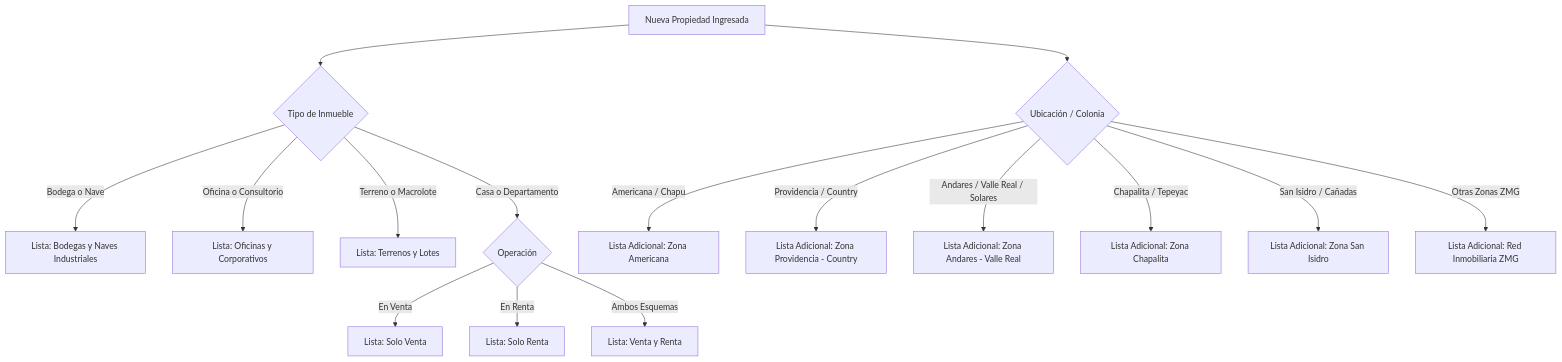
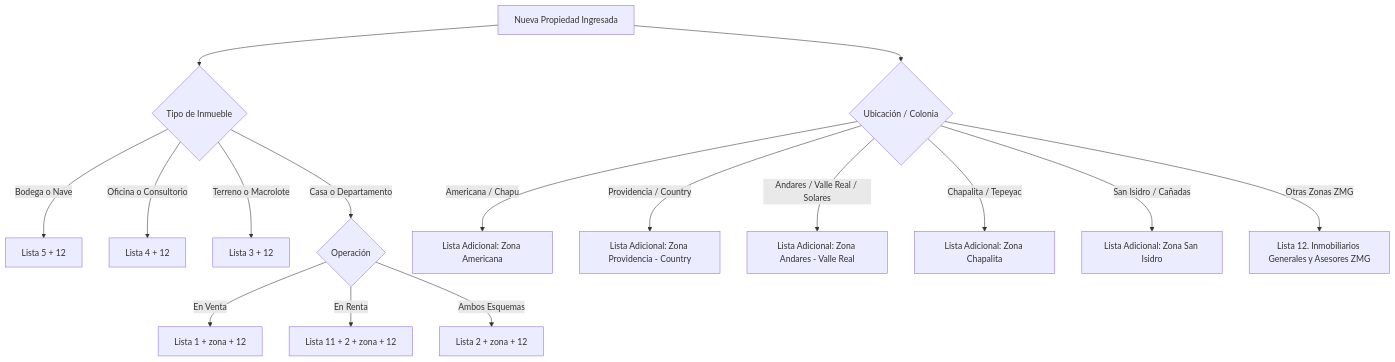
Before and after one commit to pereba911/MGP-Prospeccion: the first of 2 diagrams in agente_instrucciones_publicacion.md, drawn with Mermaid. The commit also changed other lines of this file and 18 other files, not shown here.

````diff
--- a/agente_instrucciones_publicacion.md
+++ b/agente_instrucciones_publicacion.md
@@ -39,21 +41,21 @@
 ```mermaid
 flowchart TD
     Prop[Nueva Propiedad Ingresada] --> Tipo{Tipo de Inmueble}
     
-    Tipo -->|Bodega o Nave| B[Lista: Bodegas y Naves Industriales]
-    Tipo -->|Oficina o Consultorio| O[Lista: Oficinas y Corporativos]
-    Tipo -->|Terreno o Macrolote| T[Lista: Terrenos y Lotes]
+    Tipo -->|Bodega o Nave| B[Lista 5 + 12]
+    Tipo -->|Oficina o Consultorio| O[Lista 4 + 12]
+    Tipo -->|Terreno o Macrolote| T[Lista 3 + 12]
     Tipo -->|Casa o Departamento| CD{Operación}
     
-    CD -->|En Venta| V[Lista: Solo Venta]
-    CD -->|En Renta| R[Lista: Solo Renta]
-    CD -->|Ambos Esquemas| M[Lista: Venta y Renta]
+    CD -->|En Venta| V[Lista 1 + zona + 12]
+    CD -->|En Renta| R[Lista 11 + 2 + zona + 12]
+    CD -->|Ambos Esquemas| M[Lista 2 + zona + 12]
     
     Prop --> Zona{Ubicación / Colonia}
     Zona -->|Americana / Chapu| ZA[Lista Adicional: Zona Americana]
     Zona -->|Providencia / Country| ZP[Lista Adicional: Zona Providencia - Country]
     Zona -->|Andares / Valle Real / Solares| ZW[Lista Adicional: Zona Andares - Valle Real]
     Zona -->|Chapalita / Tepeyac| ZC[Lista Adicional: Zona Chapalita]
     Zona -->|San Isidro / Cañadas| ZN[Lista Adicional: Zona San Isidro]
-    Zona -->|Otras Zonas ZMG| ZG[Lista Adicional: Red Inmobiliaria ZMG]
+    Zona -->|Otras Zonas ZMG| ZG[Lista 12. Inmobiliarios Generales y Asesores ZMG]
 ```
````
